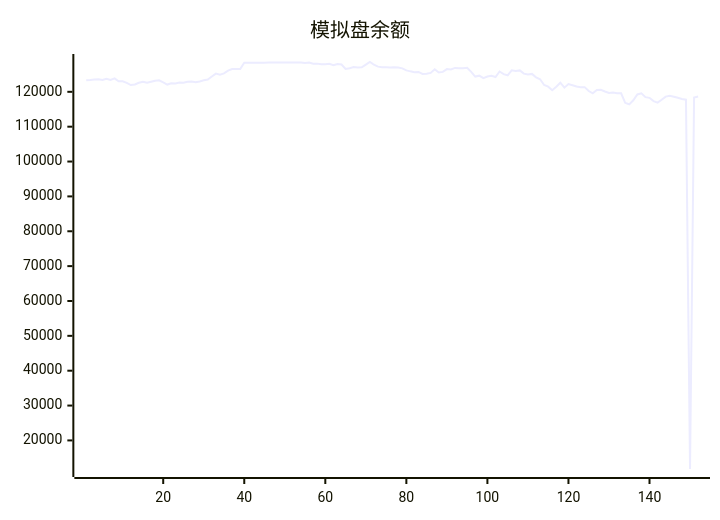
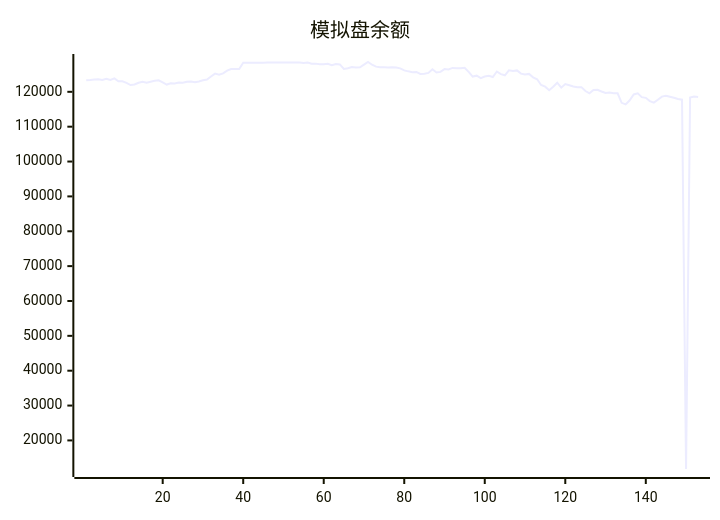
The diagram in README.md (aahl/ai-trading), drawn with Mermaid before and after one commit. The commit also changed other lines of this file and 1 other file, not shown here.

````diff
--- a/README.md
+++ b/README.md
@@ -5,5 +5,5 @@
 ```mermaid
 xychart
     title "模拟盘余额"
-    line [123338,123402,123530,123592,123378,123745,123413,123853,123009,123040,122557,121938,122095,122599,122856,122597,122898,123160,123319,122719,122087,122454,122416,122685,122592,122907,122961,122776,122981,123295,123507,124403,125224,124894,125303,126088,126544,126534,126549,128335,128318,128318,128318,128318,128318,128424,128424,128424,128424,128424,128424,128424,128424,128424,128247,128412,128062,128087,127917,127901,128026,127611,128000,127850,126572,126770,127100,126971,127029,127783,128554,127765,127224,127064,127044,127009,127025,127004,126738,126152,125871,125635,125707,125117,125217,125420,126480,125545,125715,126511,126424,126856,126764,126788,126890,125710,124381,124632,123936,124402,124574,124256,125833,125070,124739,126154,125966,126145,125213,124943,125143,124157,123604,121959,121476,120476,121470,122610,121201,122221,121889,121522,121332,121344,120232,119559,120513,120577,120108,119680,119777,119572,119568,116839,116392,117573,119250,119585,118469,118277,117338,116897,117706,118628,118849,118579,118280,117926,117735,11802,118373,118639]
+    line [123338,123402,123530,123592,123378,123745,123413,123853,123009,123040,122557,121938,122095,122599,122856,122597,122898,123160,123319,122719,122087,122454,122416,122685,122592,122907,122961,122776,122981,123295,123507,124403,125224,124894,125303,126088,126544,126534,126549,128335,128318,128318,128318,128318,128318,128424,128424,128424,128424,128424,128424,128424,128424,128424,128247,128412,128062,128087,127917,127901,128026,127611,128000,127850,126572,126770,127100,126971,127029,127783,128554,127765,127224,127064,127044,127009,127025,127004,126738,126152,125871,125635,125707,125117,125217,125420,126480,125545,125715,126511,126424,126856,126764,126788,126890,125710,124381,124632,123936,124402,124574,124256,125833,125070,124739,126154,125966,126145,125213,124943,125143,124157,123604,121959,121476,120476,121470,122610,121201,122221,121889,121522,121332,121344,120232,119559,120513,120577,120108,119680,119777,119572,119568,116839,116392,117573,119250,119585,118469,118277,117338,116897,117706,118628,118849,118579,118280,117926,117735,11802,118373,118639,118544]
 ```
````
